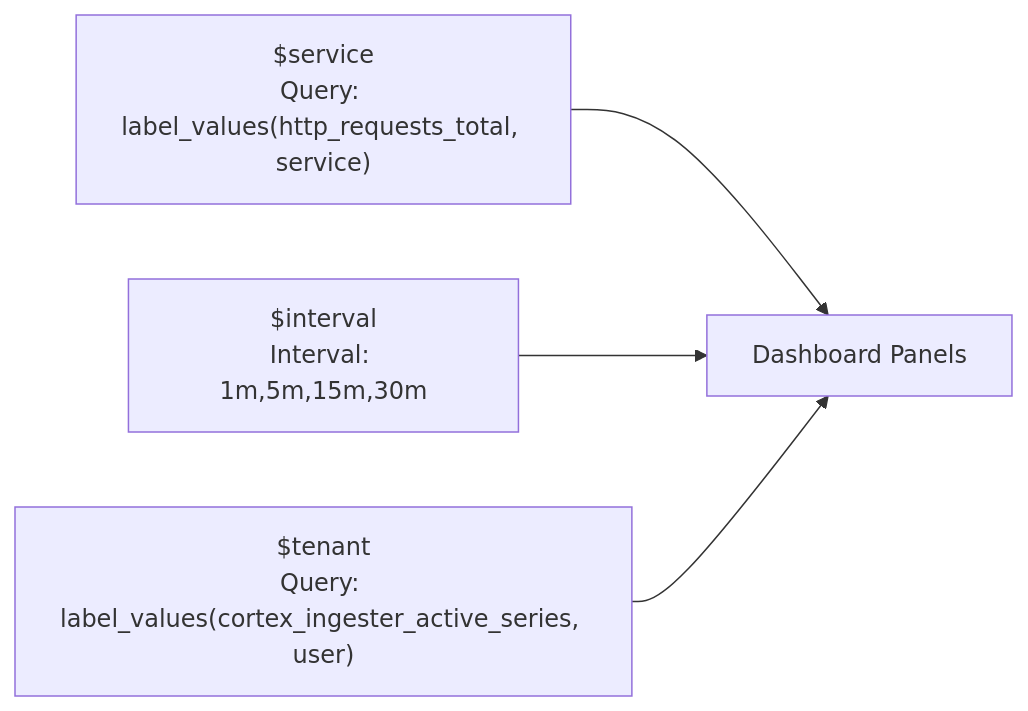
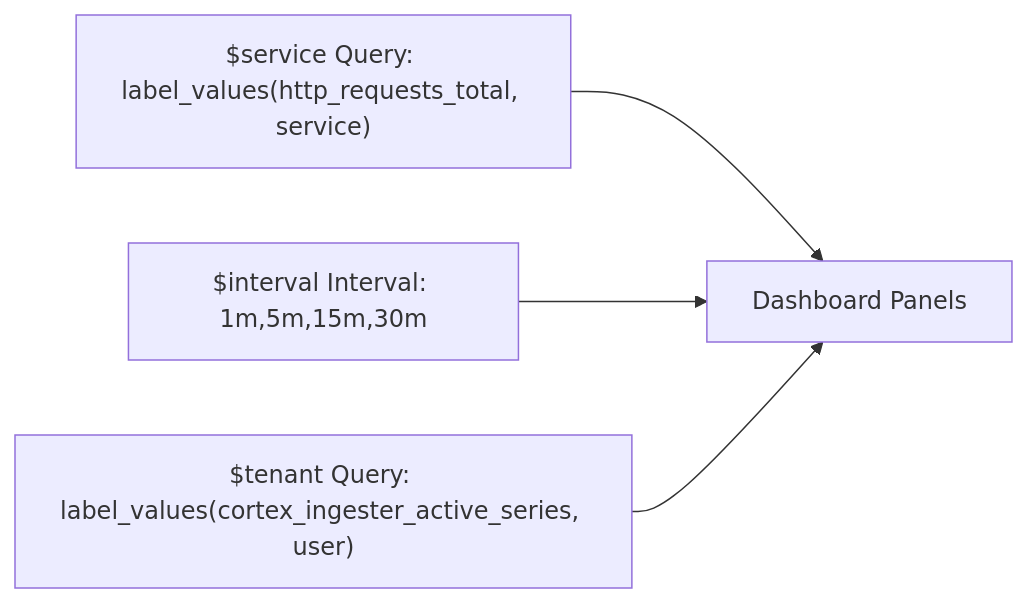
The diagram in docs/session-6/dashboard-creation.md (xscaler/training), drawn with Mermaid before and after one commit. The commit also changed other lines of this file and 38 other files, not shown here.

First line of the commit message:
Remove internal content, fix Mermaid diagrams, and rewrite labs as customer-facing exercises

````diff
--- a/docs/session-6/dashboard-creation.md
+++ b/docs/session-6/dashboard-creation.md
@@ -47,8 +47,8 @@
 ```mermaid
 graph LR
-    V1["$service\nQuery: label_values(http_requests_total, service)"]
-    V2["$interval\nInterval: 1m,5m,15m,30m"]
-    V3["$tenant\nQuery: label_values(cortex_ingester_active_series, user)"]
+    V1["$service Query: label_values(http_requests_total, service)"]
+    V2["$interval Interval: 1m,5m,15m,30m"]
+    V3["$tenant Query: label_values(cortex_ingester_active_series, user)"]
 
     V1 & V2 & V3 --> PANEL[Dashboard Panels]
 ```
````
